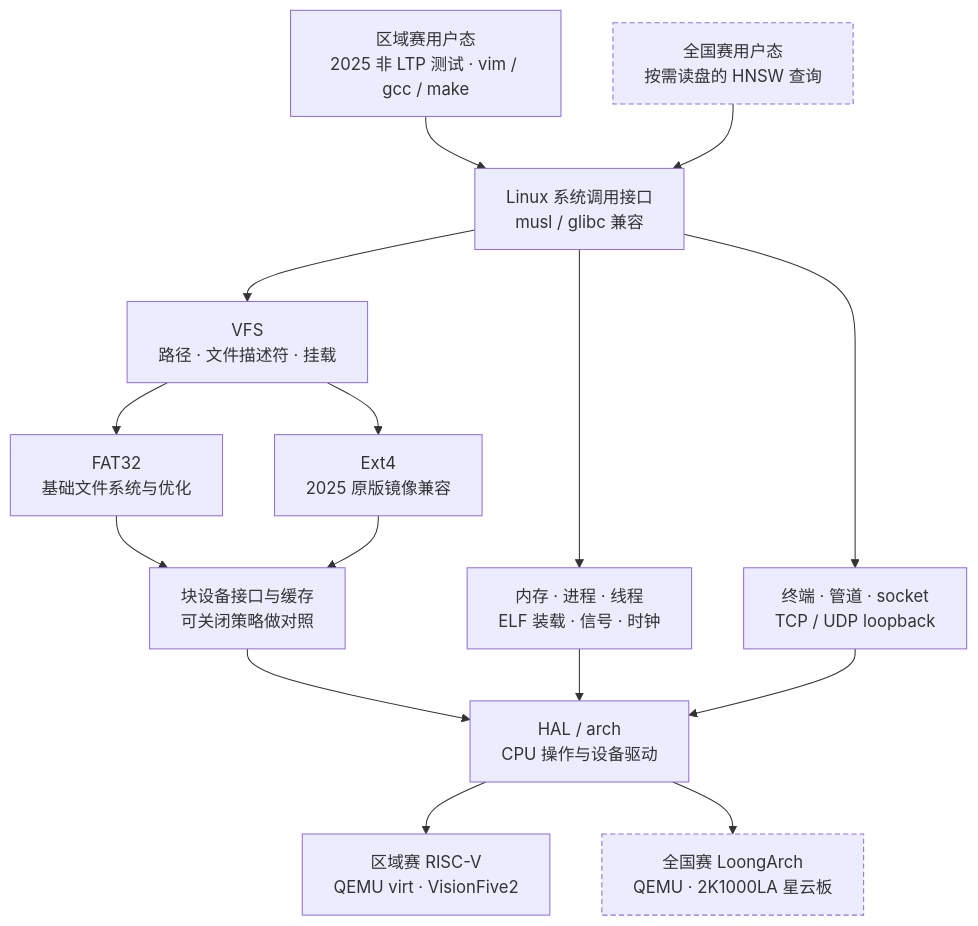
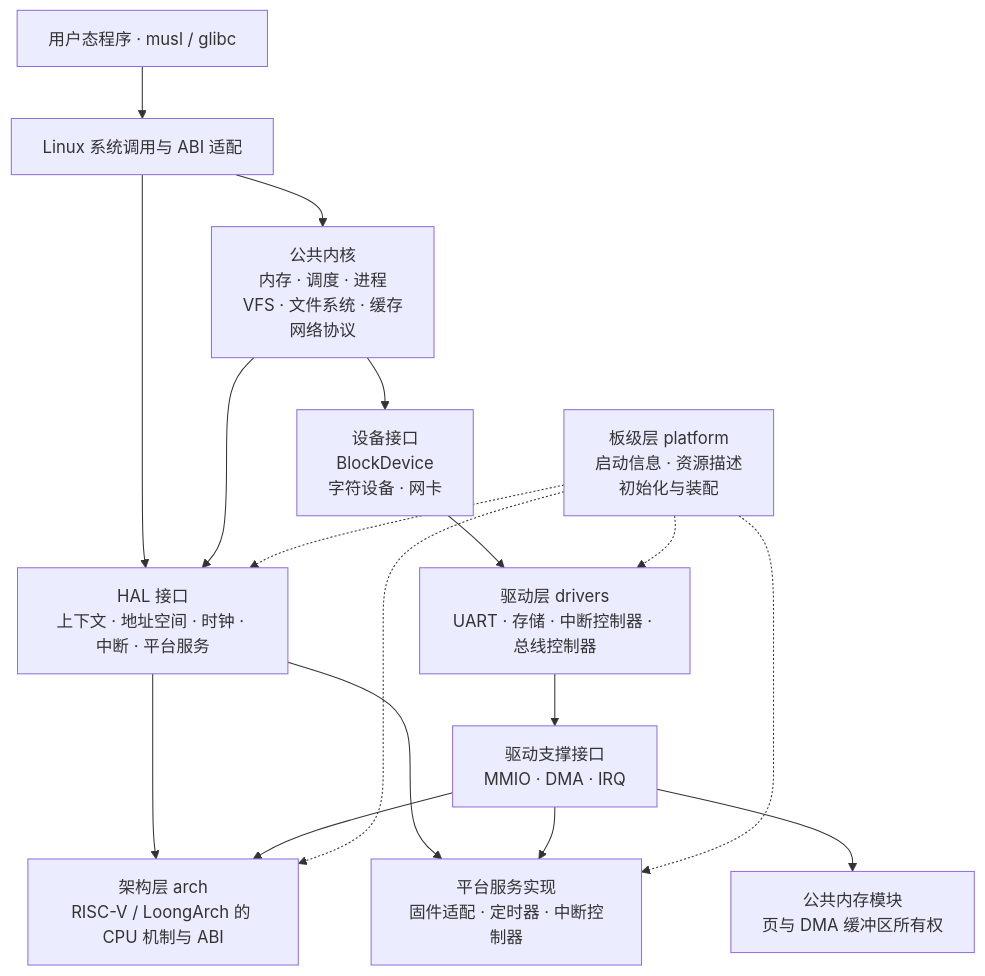
The diagram in docs/architecture.md (ApolloMonasa/Focos-contrib), drawn with Mermaid before and after one commit. The commit also changed other lines of this file and 13 other files, not shown here.

````diff
--- a/docs/architecture.md
+++ b/docs/architecture.md
@@ -5,33 +9,32 @@
 ```mermaid
 flowchart TB
-    accTitle: FocOS 的区域赛与全国赛目标架构
-    accDescr: 区域赛运行 2025 测试和开发工具，经 Linux 系统调用访问共享内核。VFS 下同时有 FAT32 和 Ext4。HAL 隔离硬件；全国赛扩展 LoongArch 与磁盘检索。
-    APP["区域赛用户态<br/>2025 非 LTP 测试 · vim / gcc / make"]
-    ANN["全国赛用户态<br/>按需读盘的 HNSW 查询"]
-    ABI["Linux 系统调用接口<br/>musl / glibc 兼容"]
-    CORE["内存 · 进程 · 线程<br/>ELF 装载 · 信号 · 时钟"]
-    VFS["VFS<br/>路径 · 文件描述符 · 挂载"]
-    IO["终端 · 管道 · socket<br/>TCP / UDP loopback"]
-    FAT["FAT32<br/>基础文件系统与优化"]
-    EXT["Ext4<br/>2025 原版镜像兼容"]
-    CACHE["块设备接口与缓存<br/>可关闭策略做对照"]
-    HAL["HAL / arch<br/>CPU 操作与设备驱动"]
-    RV["区域赛 RISC-V<br/>QEMU virt · VisionFive2"]
-    LA["全国赛 LoongArch<br/>QEMU · 2K1000LA 星云板"]
-    APP --> ABI
-    ANN --> ABI
+    accTitle: FocOS 多架构与多平台职责
+    accDescr: 公共内核通过 HAL 和设备接口使用架构及驱动实现，板级层负责启动资源和装配。
+    USER["用户态程序 · musl / glibc"]
+    ABI["Linux 系统调用与 ABI 适配"]
+    CORE["公共内核<br/>内存 · 调度 · 进程<br/>VFS · 文件系统 · 缓存<br/>网络协议"]
+    HAL["HAL 接口<br/>上下文 · 地址空间 · 时钟 · 中断 · 平台服务"]
+    DEV["设备接口<br/>BlockDevice<br/>字符设备 · 网卡"]
+    ARCH["架构层 arch<br/>RISC-V / LoongArch 的 CPU 机制与 ABI"]
+    DRV["驱动层 drivers<br/>UART · 存储 · 中断控制器 · 总线控制器"]
+    PLAT["板级层 platform<br/>启动信息 · 资源描述<br/>初始化与装配"]
+    USER --> ABI
     ABI --> CORE
-    ABI --> VFS
-    ABI --> IO
-    VFS --> FAT
-    VFS --> EXT
-    FAT --> CACHE
-    EXT --> CACHE
-    CACHE --> HAL
+    ABI --> HAL
     CORE --> HAL
-    IO --> HAL
-    HAL --> RV
-    HAL --> LA
-    classDef later stroke-dasharray: 5 3;
-    class ANN,LA later;
+    CORE --> DEV
+    HAL --> ARCH
+    DEV --> DRV
+    SERVICE["平台服务实现<br/>固件适配 · 定时器 · 中断控制器"]
+    HAL --> SERVICE
+    SUPPORT["驱动支撑接口<br/>MMIO · DMA · IRQ"]
+    MEMORY["公共内存模块<br/>页与 DMA 缓冲区所有权"]
+    DRV --> SUPPORT
+    SUPPORT --> ARCH
+    SUPPORT --> MEMORY
+    SUPPORT --> SERVICE
+    PLAT -.-> ARCH
+    PLAT -.-> DRV
+    PLAT -.-> HAL
+    PLAT -.-> SERVICE
 ```
````
